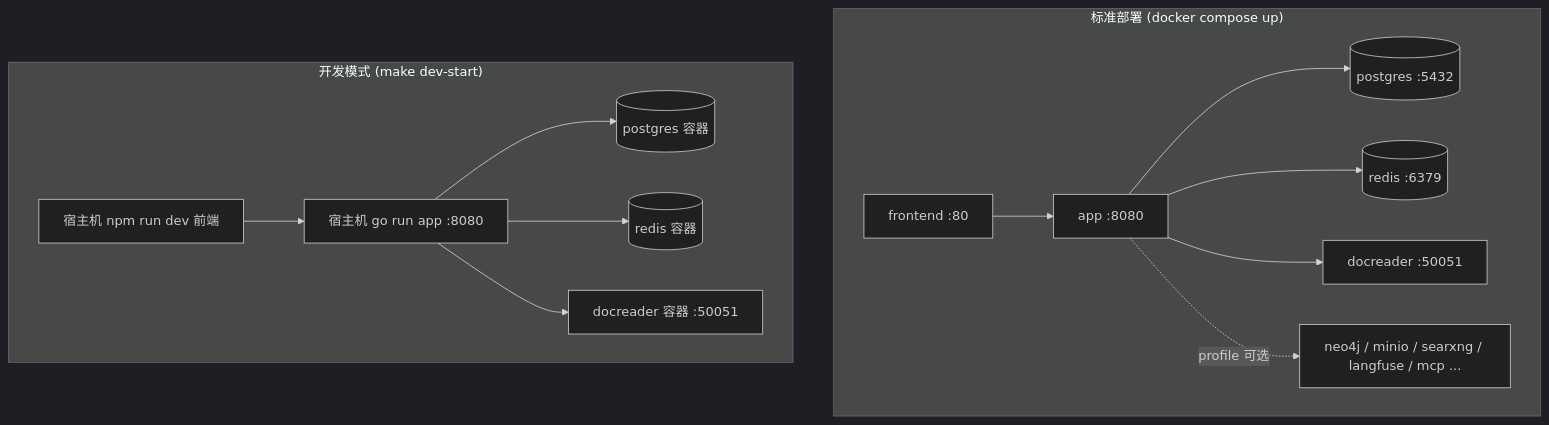
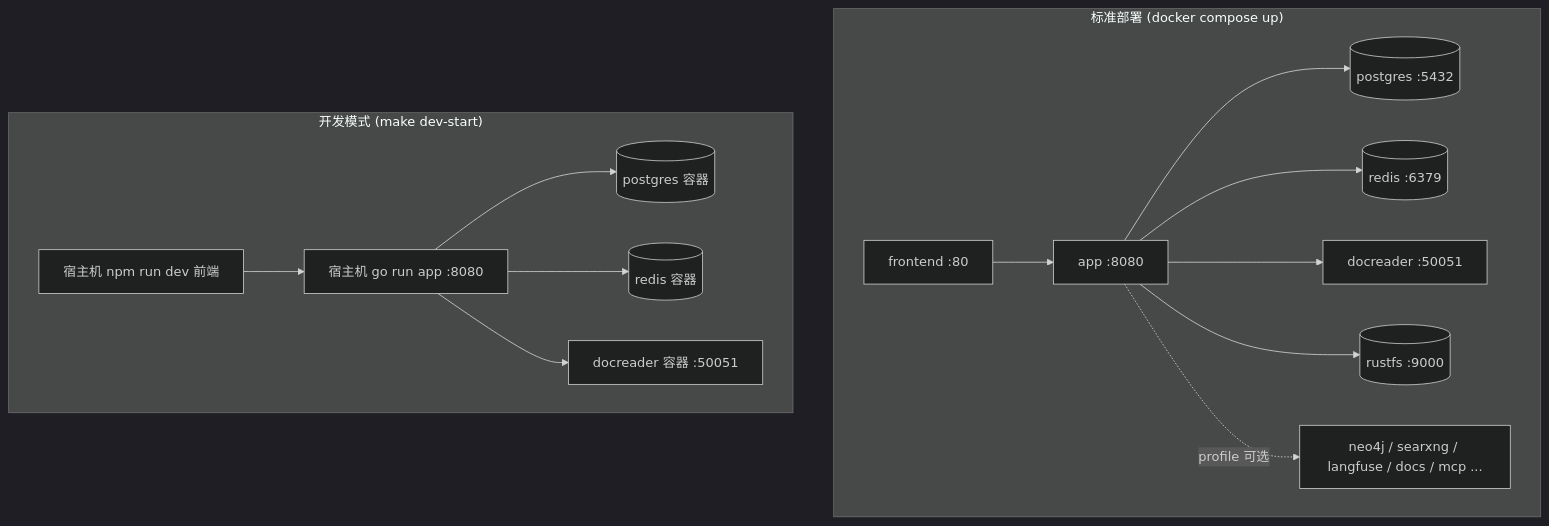
One commit to magicyuan876/Yuheng changed the first of 2 diagrams in website-docs/01-getting-started/02-installation.md. Above: the diagram before and after it, drawn with Mermaid (dark theme). The commit also changed other lines of this file and 121 other files, not shown here.

````diff
--- a/website-docs/01-getting-started/02-installation.md
+++ b/website-docs/01-getting-started/02-installation.md
@@ -13,16 +13,17 @@
 ```mermaid
 flowchart TB
     subgraph prod["标准部署 (docker compose up)"]
         FE1["frontend :80"] --> APP1["app :8080"]
         APP1 --> PG1[("postgres :5432")]
         APP1 --> RD1[("redis :6379")]
         APP1 --> DR1["docreader :50051"]
-        APP1 -. "profile 可选" .-> OPT1["neo4j / minio / searxng / langfuse / mcp ..."]
+        APP1 --> RF1[("rustfs :9000")]
+        APP1 -. "profile 可选" .-> OPT1["neo4j / searxng / langfuse / docs / mcp ..."]
     end
     subgraph dev["开发模式 (make dev-start)"]
         LOCALAPP["宿主机 go run app :8080"] --> PG2[("postgres 容器")]
         LOCALAPP --> RD2[("redis 容器")]
         LOCALAPP --> DR2["docreader 容器 :50051"]
         LOCALFE["宿主机 npm run dev 前端"] --> LOCALAPP
     end
 ```
````
